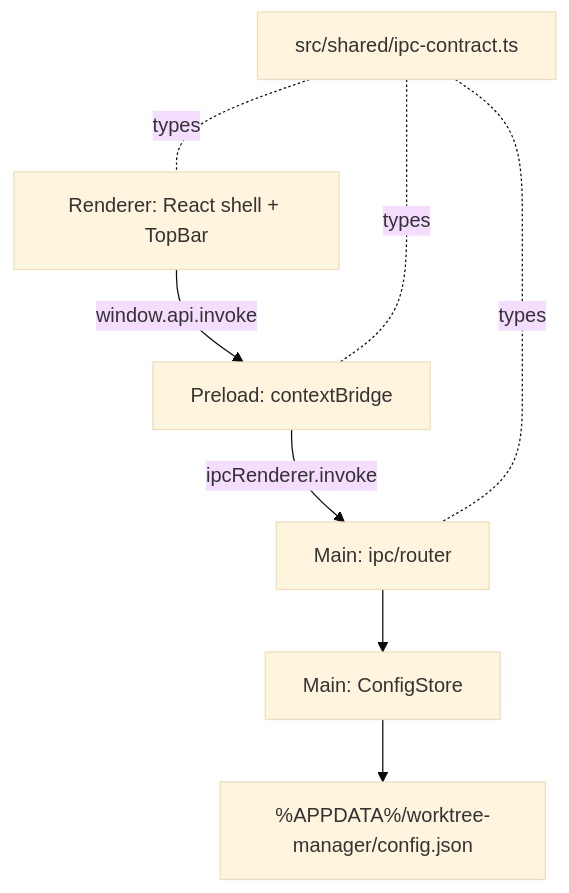
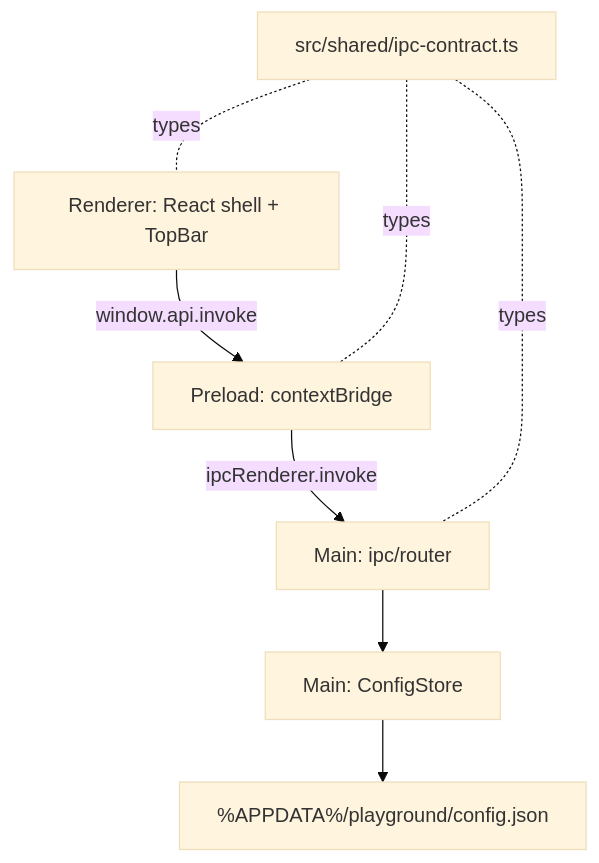
The diagram in .specs/features/app-skeleton/design.md (obogoni/playground), drawn with Mermaid (base theme) before and after one commit. The commit also changed other lines of this file and 10 other files, not shown here.

````diff
--- a/.specs/features/app-skeleton/design.md
+++ b/.specs/features/app-skeleton/design.md
@@ -12,10 +12,10 @@
 ```mermaid
 graph TD
     UI[Renderer: React shell + TopBar] -->|window.api.invoke| PRE[Preload: contextBridge]
     PRE -->|ipcRenderer.invoke| IPC[Main: ipc/router]
     IPC --> CFG[Main: ConfigStore]
-    CFG --> FS["%APPDATA%/worktree-manager/config.json"]
+    CFG --> FS["%APPDATA%/playground/config.json"]
     SHARED[src/shared/ipc-contract.ts] -.types.- UI
     SHARED -.types.- PRE
     SHARED -.types.- IPC
 ```
````
